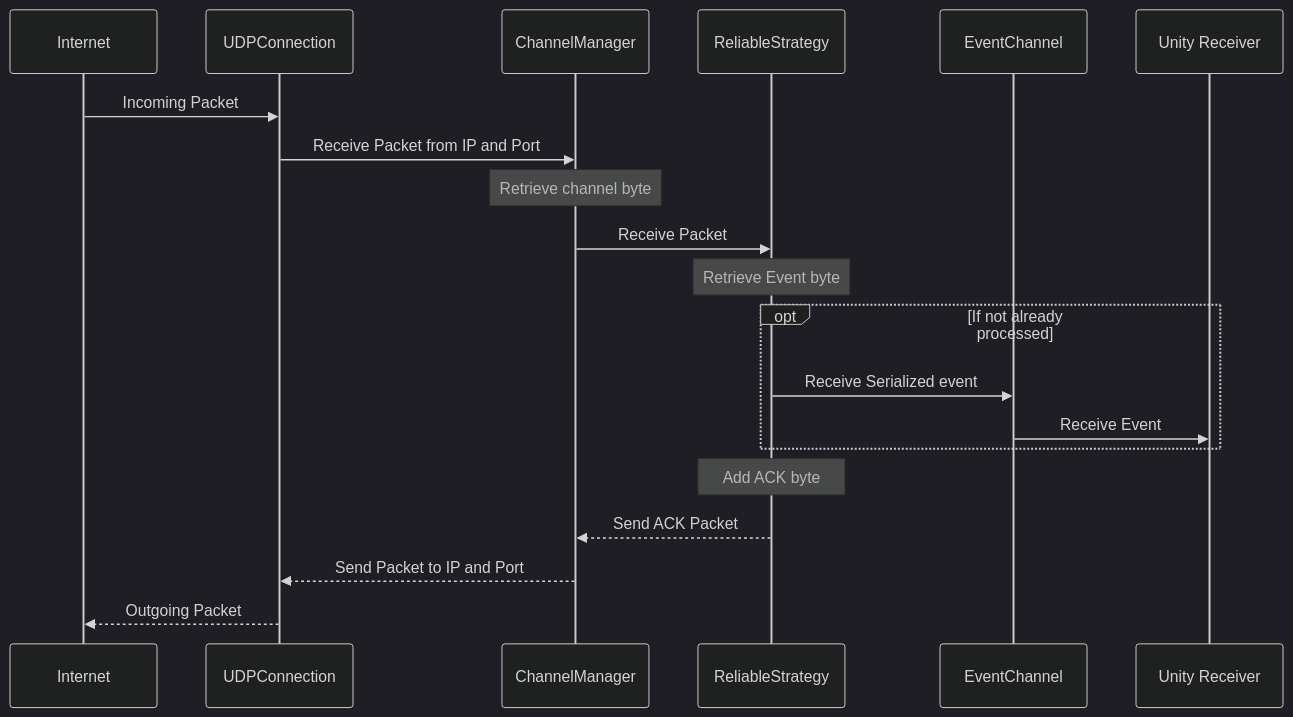
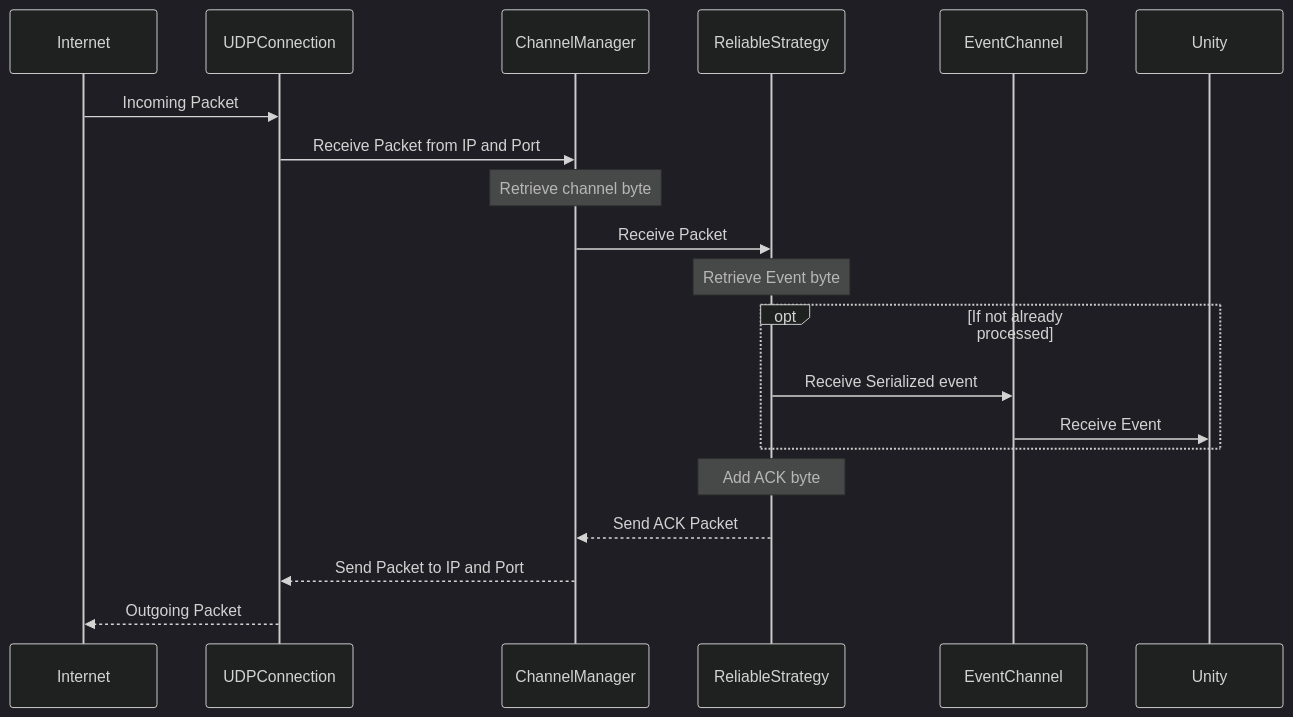
The fourth of 4 diagrams in README.md (julianrod94/Videojuegos-Avanzados), drawn with Mermaid (dark theme) before and after one commit. The commit also changed other lines of this file, not shown here.

````diff
--- a/README.md
+++ b/README.md
@@ -45,16 +107,16 @@
 ```mermaid
 sequenceDiagram
 Internet ->> UDPConnection: Incoming Packet
 UDPConnection->>ChannelManager: Receive Packet from IP and Port
 Note over ChannelManager: Retrieve channel byte
 ChannelManager ->> ReliableStrategy: Receive Packet
 Note over ReliableStrategy: Retrieve Event byte
 opt If not already processed
 	ReliableStrategy ->> EventChannel: Receive Serialized event
-	EventChannel ->> Unity Receiver: Receive Event
+	EventChannel ->> Unity: Receive Event
 end
 Note over ReliableStrategy: Add ACK byte
 ReliableStrategy -->> ChannelManager: Send ACK Packet
 ChannelManager -->> UDPConnection: Send Packet to IP and Port
 UDPConnection -->> Internet: Outgoing Packet
 ```
````
